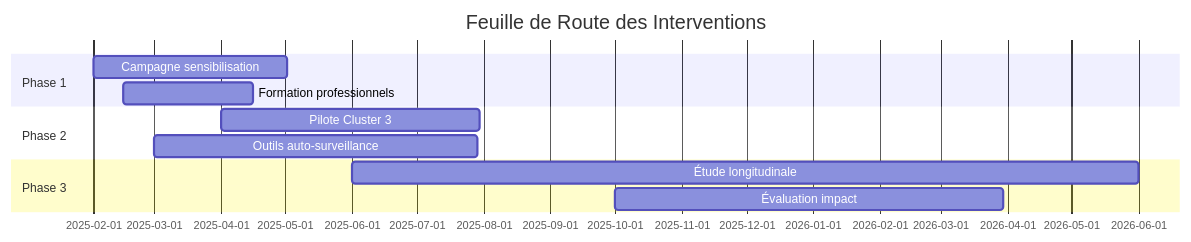
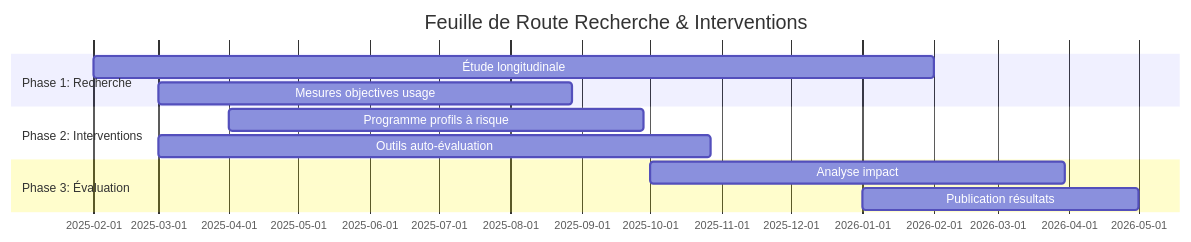
One commit to zaineb-ben-fadhl/Project_R changed the second of 2 diagrams in qmd/presentation.qmd. Above: the diagram before and after it, drawn with Mermaid. The commit also changed other lines of this file and 7 other files, not shown here.

````diff
--- a/qmd/presentation.qmd
+++ b/qmd/presentation.qmd
@@ -625,15 +877,15 @@
 ```{mermaid}
 %%| fig-width: 12
 gantt
-    title Feuille de Route des Interventions
+    title Feuille de Route Recherche & Interventions
     dateFormat  YYYY-MM-DD
-    section Phase 1
-    Campagne sensibilisation    :a1, 2025-02-01, 90d
-    Formation professionnels    :a2, 2025-02-15, 60d
-    section Phase 2
-    Pilote Cluster 3           :b1, 2025-04-01, 120d
-    Outils auto-surveillance   :b2, 2025-03-01, 150d
-    section Phase 3
-    Étude longitudinale        :c1, 2025-06-01, 365d
-    Évaluation impact          :c2, 2025-10-01, 180d
+    section Phase 1: Recherche
+    Étude longitudinale        :a1, 2025-02-01, 365d
+    Mesures objectives usage   :a2, 2025-03-01, 180d
+    section Phase 2: Interventions
+    Programme profils à risque :b1, 2025-04-01, 180d
+    Outils auto-évaluation    :b2, 2025-03-01, 240d
+    section Phase 3: Évaluation
+    Analyse impact            :c1, 2025-10-01, 180d
+    Publication résultats     :c2, 2026-01-01, 120d
 ```
````
